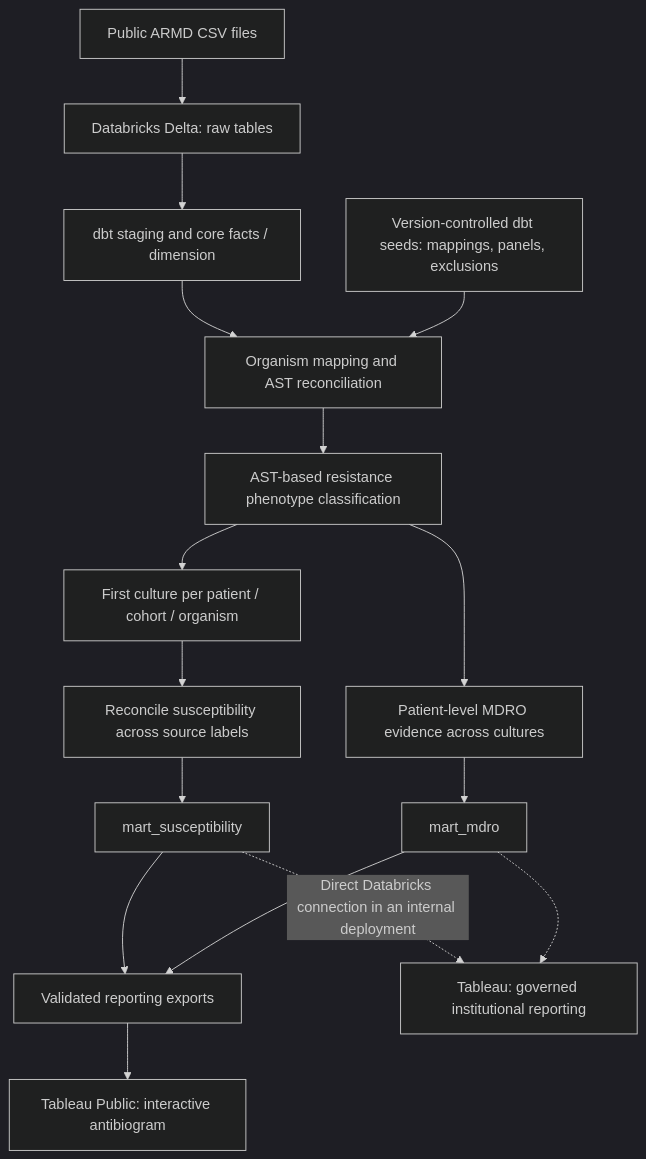
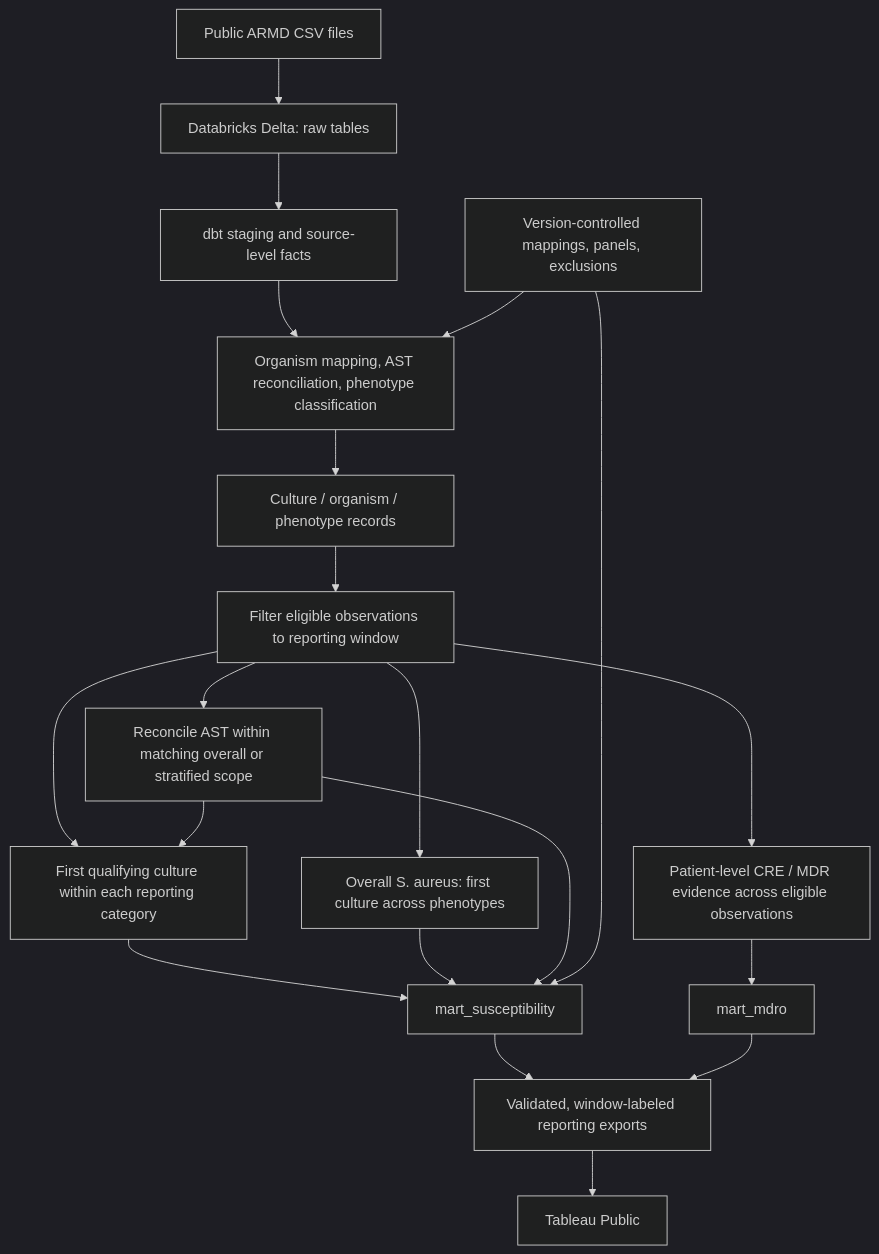
One commit to clarkbrendenj/ELT-Microbiology changed the diagram in README.md. Above: the diagram before and after it, drawn with Mermaid (dark theme). The commit also changed other lines of this file and 15 other files, not shown here.

````diff
--- a/README.md
+++ b/README.md
@@ -46,18 +48,22 @@
 ```mermaid
 flowchart TD
     A["Public ARMD CSV files"] --> B["Databricks Delta: raw tables"]
-    B --> C["dbt staging and core facts / dimension"]
-    C --> D["Organism mapping and AST reconciliation"]
-    R["Version-controlled dbt seeds: mappings, panels, exclusions"] --> D
-    D --> E["AST-based resistance phenotype classification"]
-    E --> F["First culture per patient / cohort / organism"]
-    F --> G["Reconcile susceptibility across source labels"]
-    G --> H["mart_susceptibility"]
-    E --> I["Patient-level MDRO evidence across cultures"]
+    B --> C["dbt staging and source-level facts"]
+    C --> D["Organism mapping, AST reconciliation, phenotype classification"]
+    R["Version-controlled mappings, panels, exclusions"] --> D
+    D --> E["Culture / organism / phenotype records"]
+    E --> W["Filter eligible observations to reporting window"]
+    W --> F["First qualifying culture within each reporting category"]
+    W --> S["Overall S. aureus: first culture across phenotypes"]
+    W --> G["Reconcile AST within matching overall or stratified scope"]
+    G --> F
+    F --> H["mart_susceptibility"]
+    S --> H
+    G --> H
+    R --> H
+    W --> I["Patient-level CRE / MDR evidence across eligible observations"]
     I --> J["mart_mdro"]
-    H --> K["Validated reporting exports"]
+    H --> K["Validated, window-labeled reporting exports"]
     J --> K
-    K --> L["Tableau Public: interactive antibiogram"]
-    H -. "Direct Databricks connection in an internal deployment" .-> M["Tableau: governed institutional reporting"]
-    J -.-> M
+    K --> L["Tableau Public"]
 ```
````
